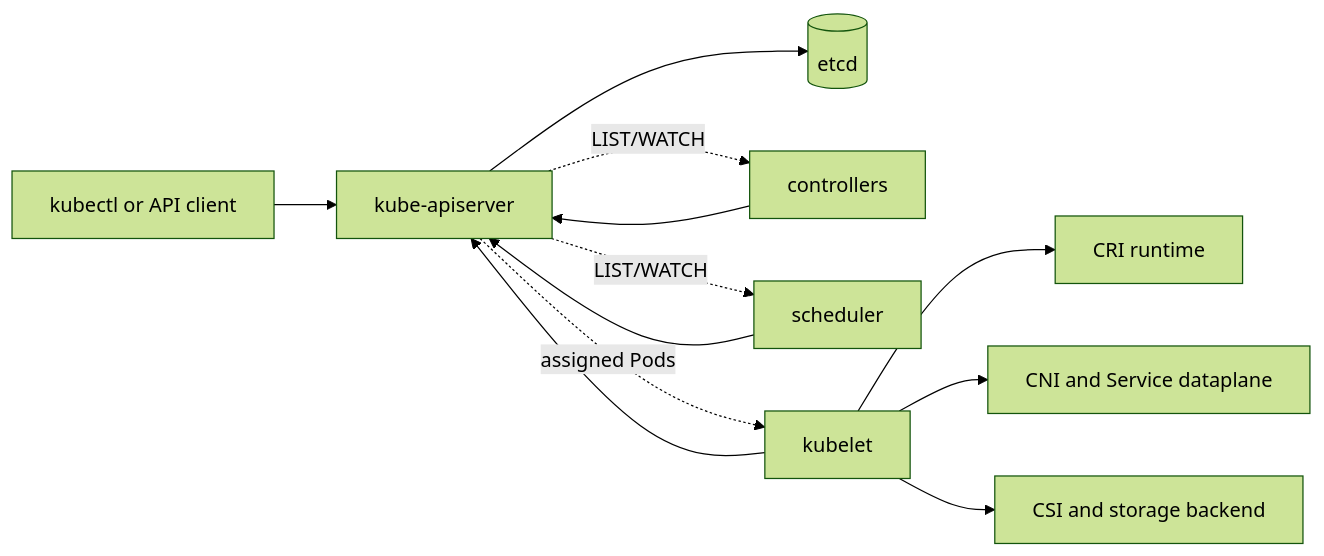
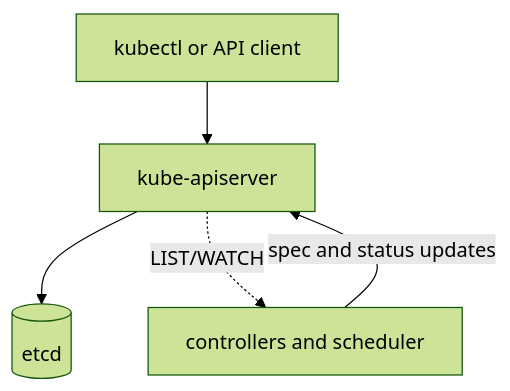
Before and after one commit to searge/deck: the first of 2 diagrams in core/k8s/k8s.md, drawn with Mermaid (forest theme). The commit also changed other lines of this file and 27 other files, not shown here.

````diff
--- a/core/k8s/k8s.md
+++ b/core/k8s/k8s.md
@@ -38,14 +38,7 @@
 ```mermaid
-flowchart LR
+flowchart TB
     U[kubectl or API client] --> A[kube-apiserver]
     A --> E[(etcd)]
-    A -. LIST/WATCH .-> C[controllers]
-    A -. LIST/WATCH .-> S[scheduler]
-    A -. assigned Pods .-> K[kubelet]
-    C --> A
-    S --> A
-    K --> A
-    K --> R[CRI runtime]
-    K --> N[CNI and Service dataplane]
-    K --> V[CSI and storage backend]
+    A -. LIST/WATCH .-> C[controllers and scheduler]
+    C -->|spec and status updates| A
 ```
````
